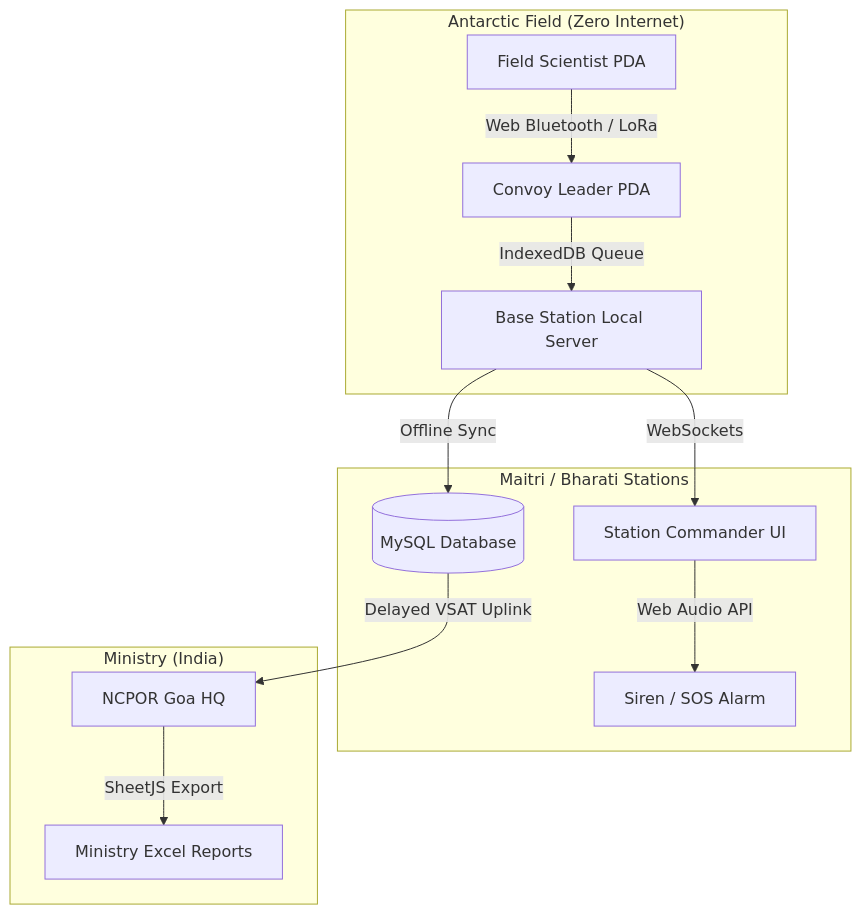
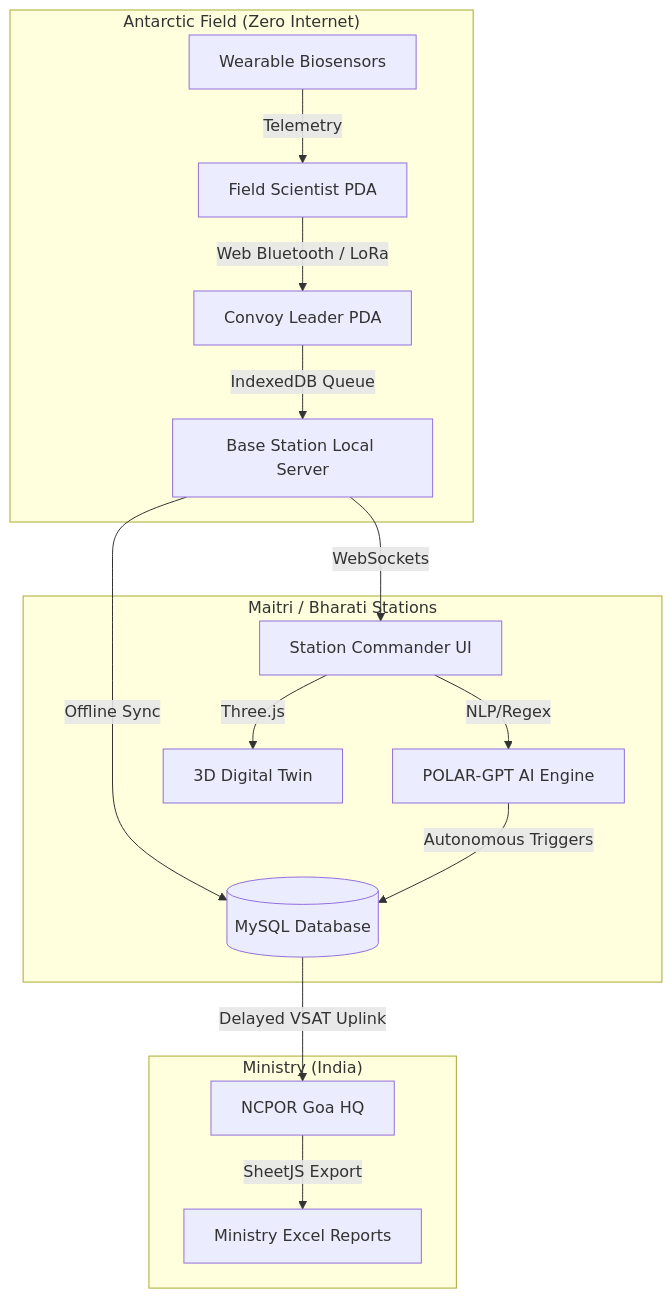
One commit to avinash8386edu-eng/SIH-2026 changed the diagram in README.md. Above: the diagram before and after it, drawn with Mermaid. The commit also changed other lines of this file and 10 other files, not shown here.

Commit message:
feat: Integrate Smart Automation (POLAR-GPT, 3D Twin, Telemetry, VSAT) & 43rd ISEA Data

````diff
--- a/README.md
+++ b/README.md
@@ -17,18 +18,21 @@
 ```mermaid
 graph TD
     subgraph "Antarctic Field (Zero Internet)"
         A[Field Scientist PDA] -->|Web Bluetooth / LoRa| B[Convoy Leader PDA]
         B -->|IndexedDB Queue| C[Base Station Local Server]
+        T[Wearable Biosensors] -->|Telemetry| A
     end
     
     subgraph "Maitri / Bharati Stations"
         C -->|Offline Sync| D[(MySQL Database)]
         C -->|WebSockets| E[Station Commander UI]
-        E -->|Web Audio API| F[Siren / SOS Alarm]
+        E -->|Three.js| DT[3D Digital Twin]
+        E -->|NLP/Regex| AI[POLAR-GPT AI Engine]
+        AI -->|Autonomous Triggers| D
     end
     
     subgraph "Ministry (India)"
         D -->|Delayed VSAT Uplink| G[NCPOR Goa HQ]
         G -->|SheetJS Export| H[Ministry Excel Reports]
     end
 ```
````
